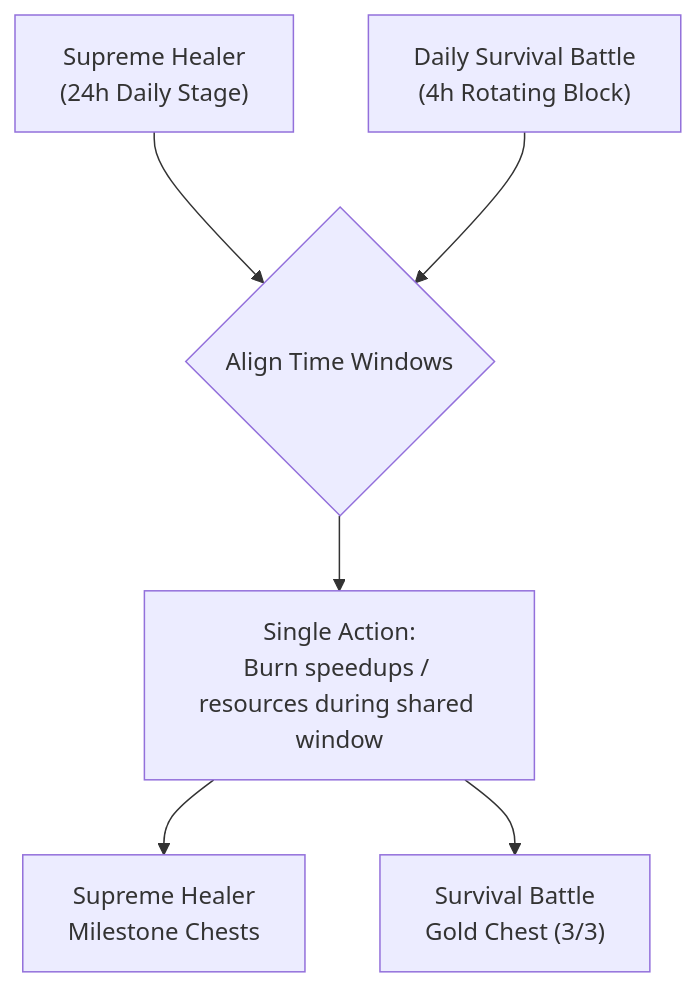
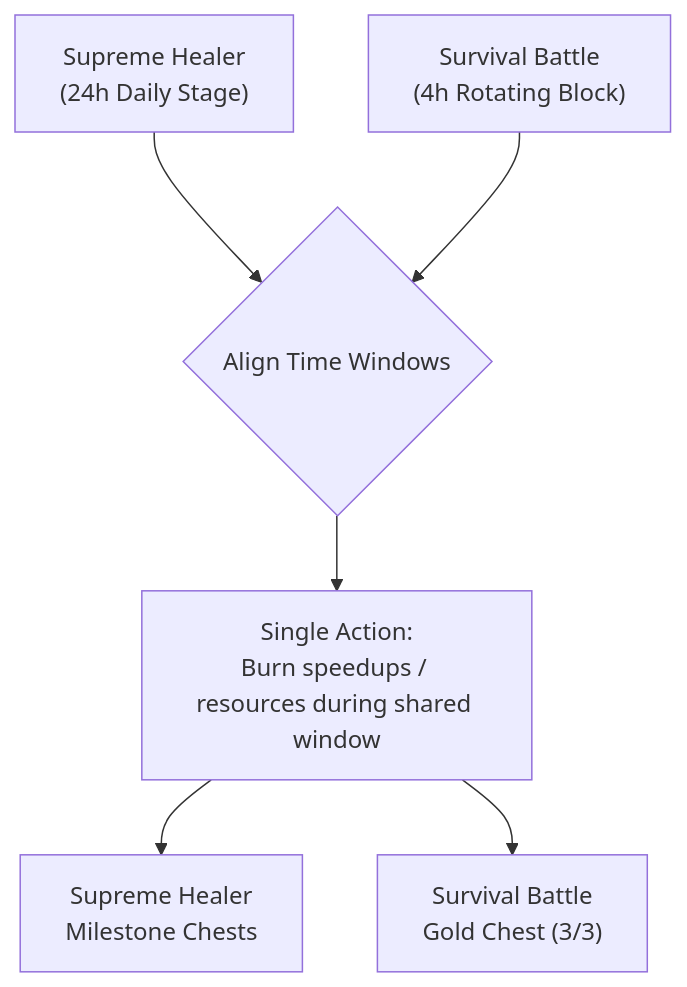
One commit to Fongobongo/last-asylum-website changed the second of 2 diagrams in site/content/guides/en/events/supreme-healer.md. Above: the diagram before and after it, drawn with Mermaid. The commit also changed other lines of this file and 1 other file, not shown here.

Commit message:
docs(supreme-healer): refine terminology, 29/30 incident storage rule, navigation compass, and 4h survival cycles

````diff
--- a/site/content/guides/en/events/supreme-healer.md
+++ b/site/content/guides/en/events/supreme-healer.md
@@ -150,8 +175,8 @@
 ```mermaid
 flowchart TD
     SH["Supreme Healer<br>(24h Daily Stage)"] --> Match{"Align Time Windows"}
-    SB["Daily Survival Battle<br>(4h Rotating Block)"] --> Match
+    SB["Survival Battle<br>(4h Rotating Block)"] --> Match
     Match --> Action["Single Action:<br>Burn speedups / resources during shared window"]
     Action --> Chest1["Supreme Healer<br>Milestone Chests"]
     Action --> Chest2["Survival Battle<br>Gold Chest (3/3)"]
 ```
````
